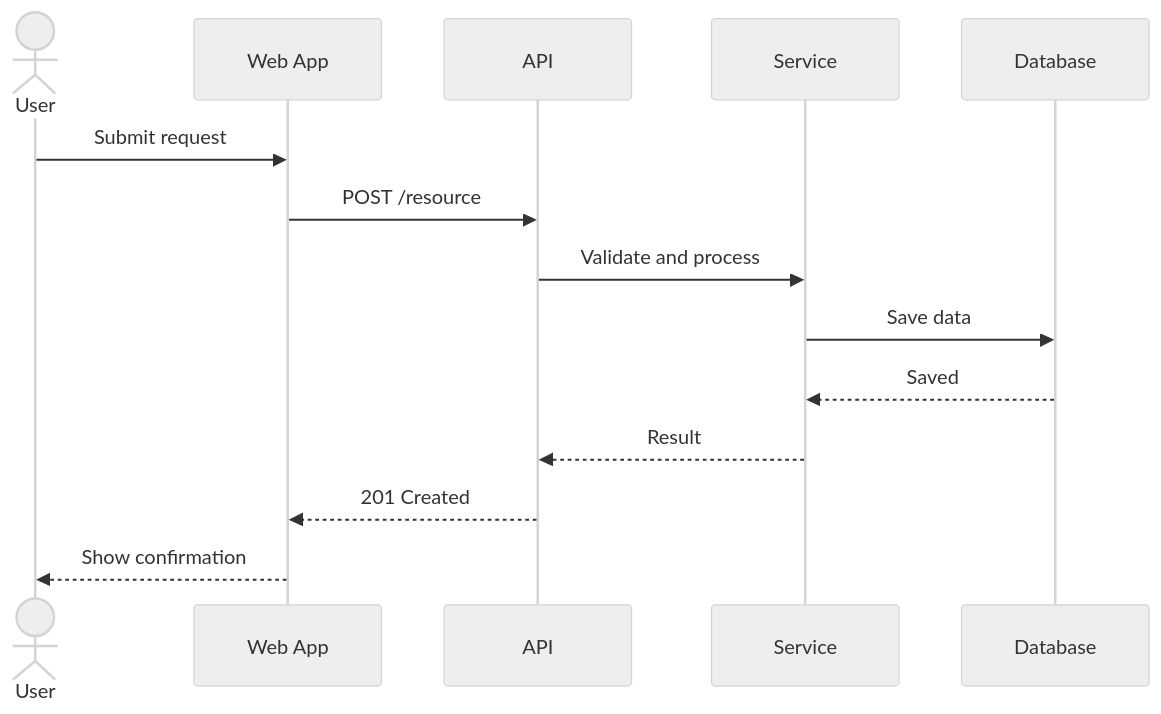
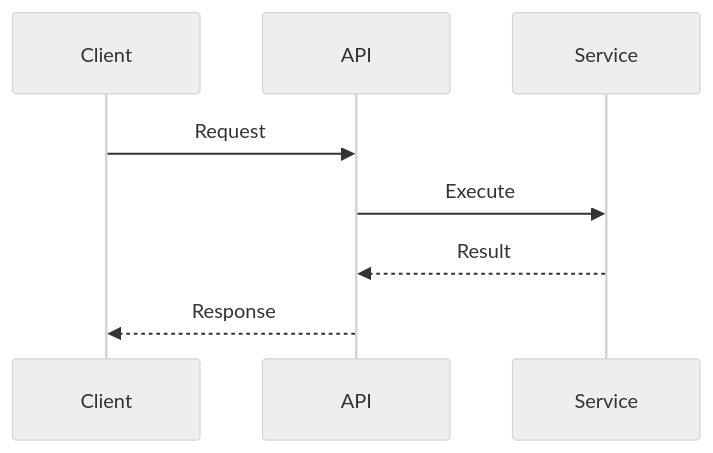
The second of 2 diagrams in skills/mermaiddoc/SKILL.md (stefanrossmeier/ai-craftkit), drawn with Mermaid (neutral theme) before and after one commit. The commit also changed other lines of this file and 23 other files, not shown here.

````diff
--- a/skills/mermaiddoc/SKILL.md
+++ b/skills/mermaiddoc/SKILL.md
@@ -545,17 +98,11 @@
 ```mermaid
 sequenceDiagram
-    actor User
-    participant Web as Web App
-    participant API
-    participant Service
-    participant DB as Database
+    participant C as Client
+    participant A as API
+    participant S as Service
 
-    User->>Web: Submit request
-    Web->>API: POST /resource
-    API->>Service: Validate and process
-    Service->>DB: Save data
-    DB-->>Service: Saved
-    Service-->>API: Result
-    API-->>Web: 201 Created
-    Web-->>User: Show confirmation
+    C->>A: Request
+    A->>S: Execute
+    S-->>A: Result
+    A-->>C: Response
 ```
````
